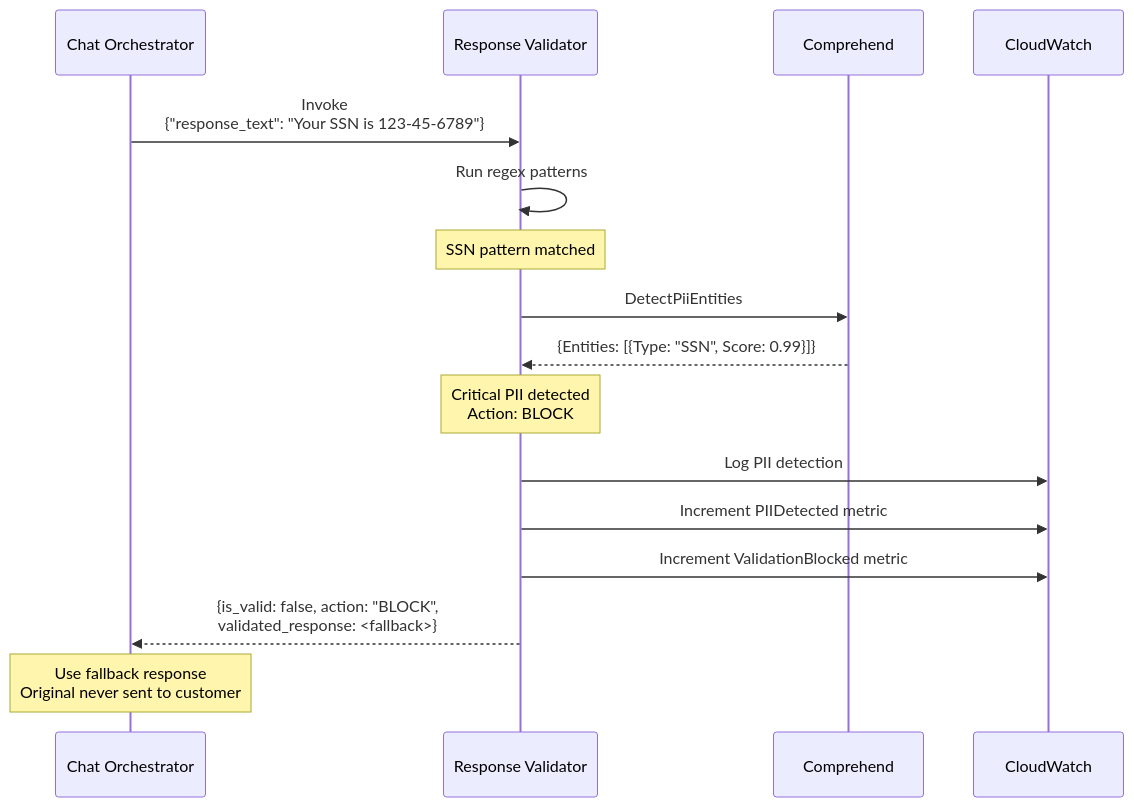
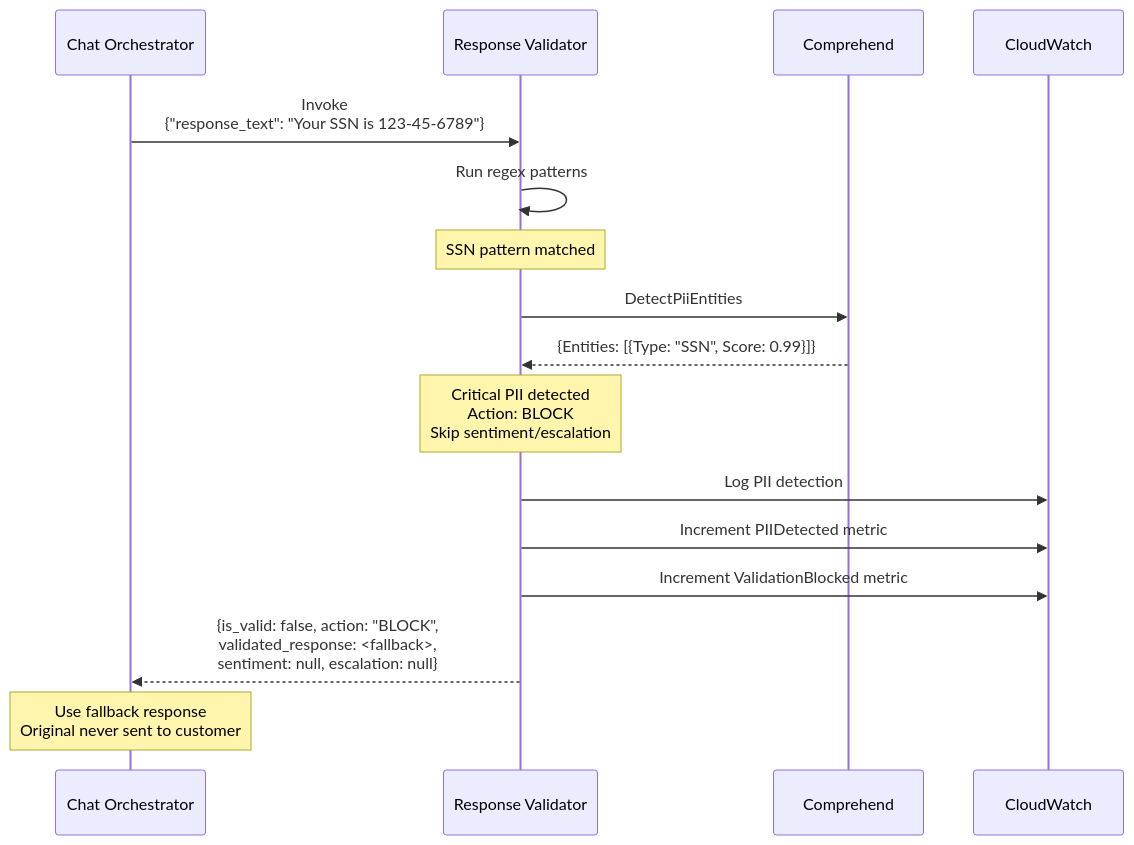
Diagram 23 of 27 in docs/architecture/data-flow.md (jujubear24/ai-customer-service-bot), drawn with Mermaid before and after one commit. The commit also changed other lines of this file and 3 other files, not shown here.

First line of the commit message:
docs: update documentation for Phase 3.2 sentiment and escalation

````diff
--- a/docs/architecture/data-flow.md
+++ b/docs/architecture/data-flow.md
@@ -937,25 +1223,25 @@
 ```mermaid
 sequenceDiagram
     participant CO as Chat Orchestrator
     participant RV as Response Validator
     participant CP as Comprehend
     participant CW as CloudWatch
 
     CO->>RV: Invoke<br/>{"response_text": "Your SSN is 123-45-6789"}
 
     RV->>RV: Run regex patterns
     Note over RV: SSN pattern matched
 
     RV->>CP: DetectPiiEntities
     CP-->>RV: {Entities: [{Type: "SSN", Score: 0.99}]}
 
-    Note over RV: Critical PII detected<br/>Action: BLOCK
+    Note over RV: Critical PII detected<br/>Action: BLOCK<br/>Skip sentiment/escalation
 
     RV->>CW: Log PII detection
     RV->>CW: Increment PIIDetected metric
     RV->>CW: Increment ValidationBlocked metric
 
-    RV-->>CO: {is_valid: false, action: "BLOCK",<br/>validated_response: <fallback>}
+    RV-->>CO: {is_valid: false, action: "BLOCK",<br/>validated_response: <fallback>,<br/>sentiment: null, escalation: null}
 
     Note over CO: Use fallback response<br/>Original never sent to customer
 ```
````
